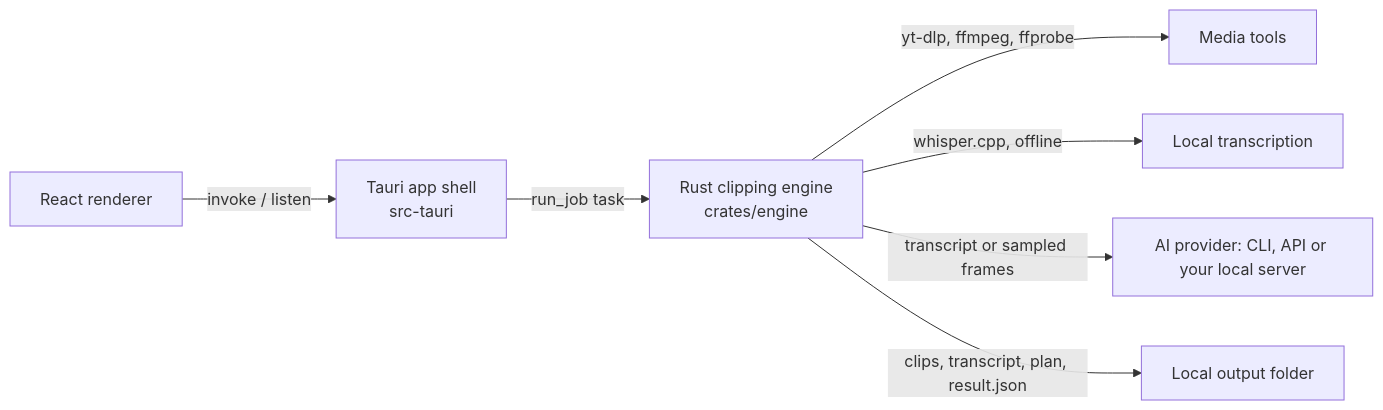
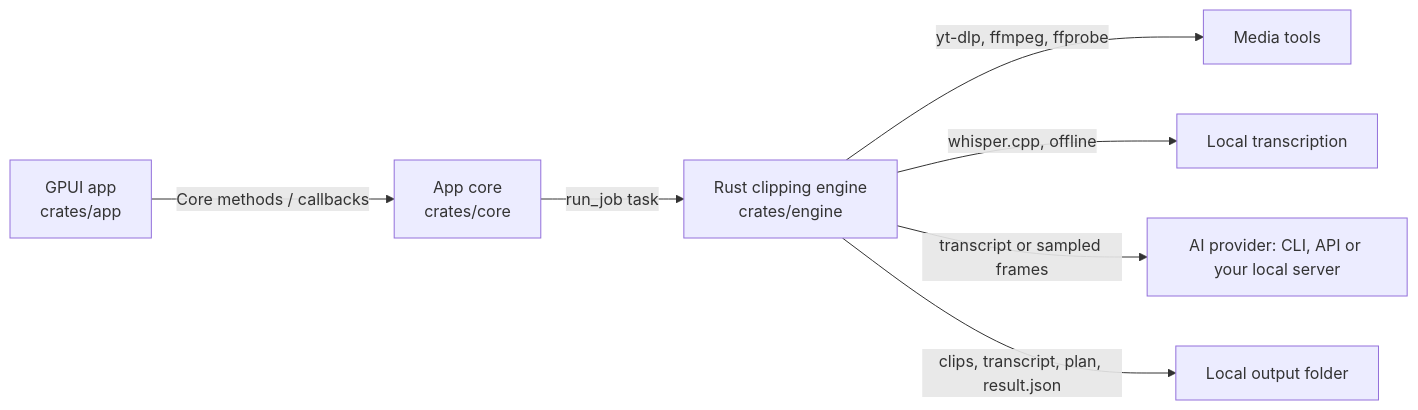
The diagram in docs/ARCHITECTURE.md (ultramenid/clipward), drawn with Mermaid before and after one commit. The commit also changed other lines of this file and 286 other files, not shown here.

First line of the commit message:
Port the desktop app to GPUI and support macOS, Windows and Linux

````diff
--- a/docs/ARCHITECTURE.md
+++ b/docs/ARCHITECTURE.md
@@ -3,9 +3,9 @@
 ```mermaid
 flowchart LR
-  UI[React renderer] -->|invoke / listen| Shell[Tauri app shell<br/>src-tauri]
-  Shell -->|run_job task| Engine[Rust clipping engine<br/>crates/engine]
+  UI[GPUI app<br/>crates/app] -->|Core methods / callbacks| Core[App core<br/>crates/core]
+  Core -->|run_job task| Engine[Rust clipping engine<br/>crates/engine]
   Engine -->|yt-dlp, ffmpeg, ffprobe| Tools[Media tools]
   Engine -->|whisper.cpp, offline| Whisper[Local transcription]
   Engine -->|transcript or sampled frames| AI[AI provider: CLI, API or your local server]
   Engine -->|clips, transcript, plan, result.json| Library[Local output folder]
 ```
````
